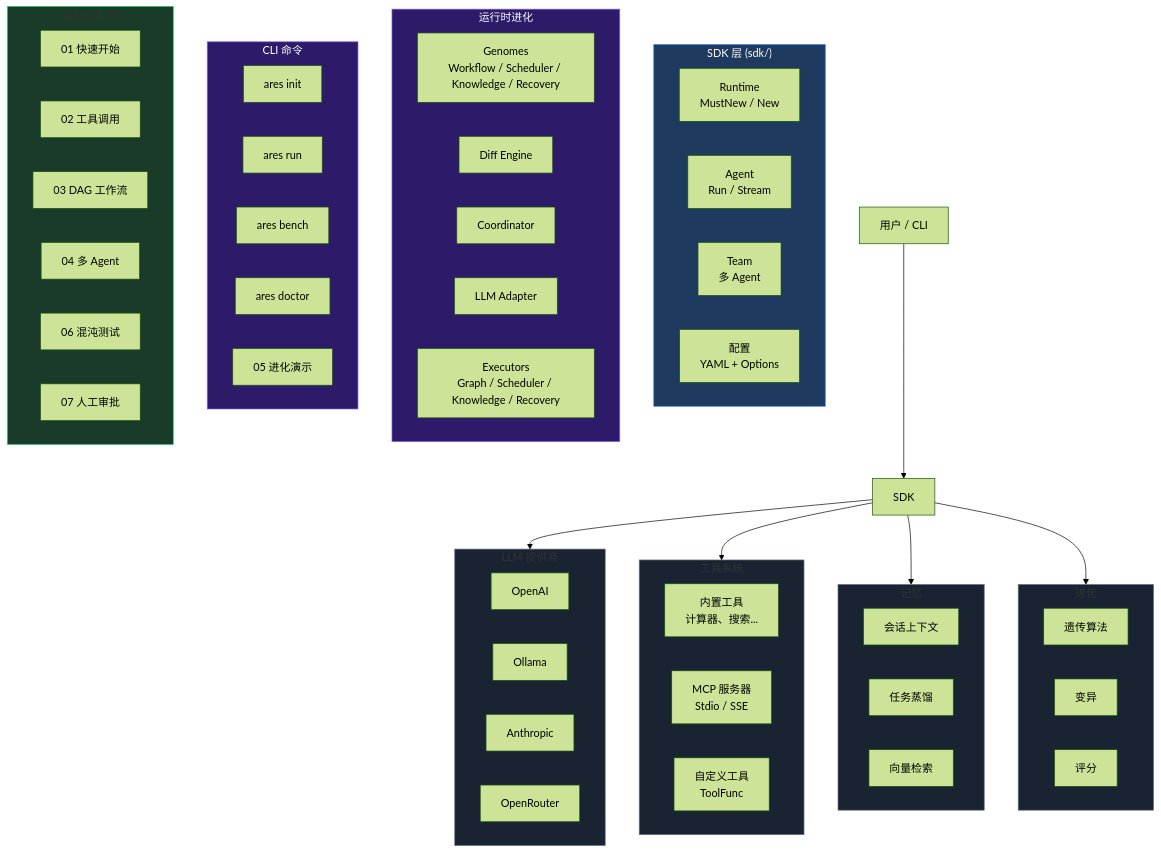
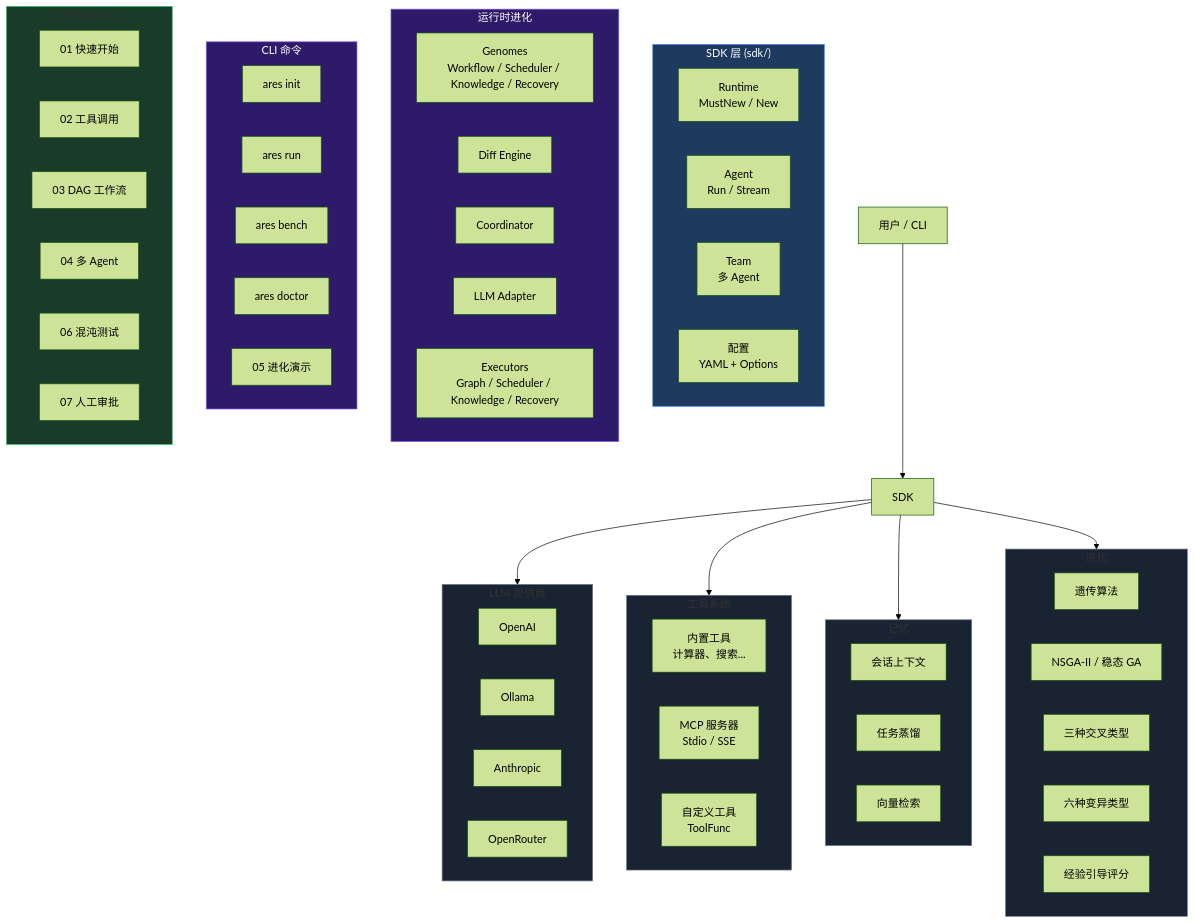
One commit to Timwood0x10/ARES changed the diagram in README_CN.md. Above: the diagram before and after it, drawn with Mermaid (forest theme). The commit also changed other lines of this file and 14 other files, not shown here.

````diff
--- a/README_CN.md
+++ b/README_CN.md
@@ -113,76 +114,78 @@
 ```mermaid
 graph TB
     User["用户 / CLI"] --> SDK
 
     subgraph sdk ["SDK 层 (sdk/)"]
         RT["Runtime<br/>MustNew / New"]
         A["Agent<br/>Run / Stream"]
         T["Team<br/>多 Agent"]
         CFG["配置<br/>YAML + Options"]
     end
 
     SDK --> LLM
     SDK --> Tools
     SDK --> Memory
     SDK --> Evo
 
     subgraph LLM ["LLM 提供商"]
         OAI["OpenAI"]
         OLL["Ollama"]
         ANTH["Anthropic"]
         OR["OpenRouter"]
     end
 
     subgraph Tools ["工具系统"]
         BT["内置工具<br/>计算器、搜索..."]
         MCP["MCP 服务器<br/>Stdio / SSE"]
         CT["自定义工具<br/>ToolFunc"]
     end
 
     subgraph Memory ["记忆"]
         SES["会话上下文"]
         DIST["任务蒸馏"]
         VEC["向量检索"]
     end
 
     subgraph Evo ["进化"]
         GA["遗传算法"]
-        MUT["变异"]
-        SCORE["评分"]
+        NSGA["NSGA-II / 稳态 GA"]
+        CROSS["三种交叉类型"]
+        MUT["六种变异类型"]
+        SCORE["经验引导评分"]
     end
 
     subgraph RuntimeEvo ["运行时进化"]
         GENOME["Genomes<br/>Workflow / Scheduler / Knowledge / Recovery"]
         DIFF["Diff Engine"]
         COORD["Coordinator"]
         LLM_ADAPT["LLM Adapter"]
         EXEC["Executors<br/>Graph / Scheduler / Knowledge / Recovery"]
     end
 
     subgraph CLI ["CLI 命令"]
         INIT["ares init"]
         RUN["ares run"]
         BENCH["ares bench"]
         DOCTOR["ares doctor"]
         EVO["ares evolution"]
     end
 
     subgraph EX ["示例 (24 个)"]
         QS["01 快速开始"]
         TC["02 工具调用"]
         DAG["03 DAG 工作流"]
         MA["04 多 Agent"]
         EVO["05 进化演示"]
         CHAOS["06 混沌测试"]
         HIL["07 人工审批"]
     end
 
     style sdk fill:#1e3a5f,stroke:#3b82f6,color:#fff
     style LLM fill:#1a2332,stroke:#64748b
     style Tools fill:#1a2332,stroke:#64748b
     style Memory fill:#1a2332,stroke:#64748b
     style Evo fill:#1a2332,stroke:#64748b
     style RuntimeEvo fill:#2d1b69,stroke:#8b5cf6,color:#fff
     style CLI fill:#2d1b69,stroke:#8b5cf6,color:#fff
     style EX fill:#1a3a2a,stroke:#22c55e
 ```
````
